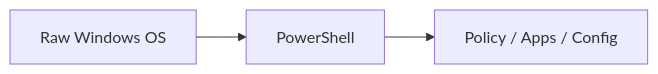
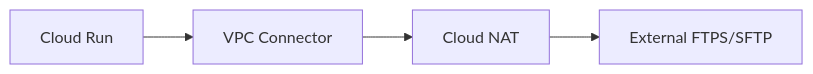
One commit to conti0513/development_public changed the third of 3 diagrams in 00_README.md. Above: the diagram before and after it, drawn with Mermaid. The commit also changed other lines of this file, not shown here.

````diff
--- a/00_README.md
+++ b/00_README.md
@@ -70,5 +76,6 @@
 ```mermaid
 graph LR
-    Win[Raw Windows OS] --> PS[PowerShell]
-    PS --> Pol[Policy / Apps / Config]
+    App[Cloud Run] --> VPC[VPC Connector]
+    VPC --> NAT[Cloud NAT]
+    NAT --> Ext[External FTPS/SFTP]
 ```
````
